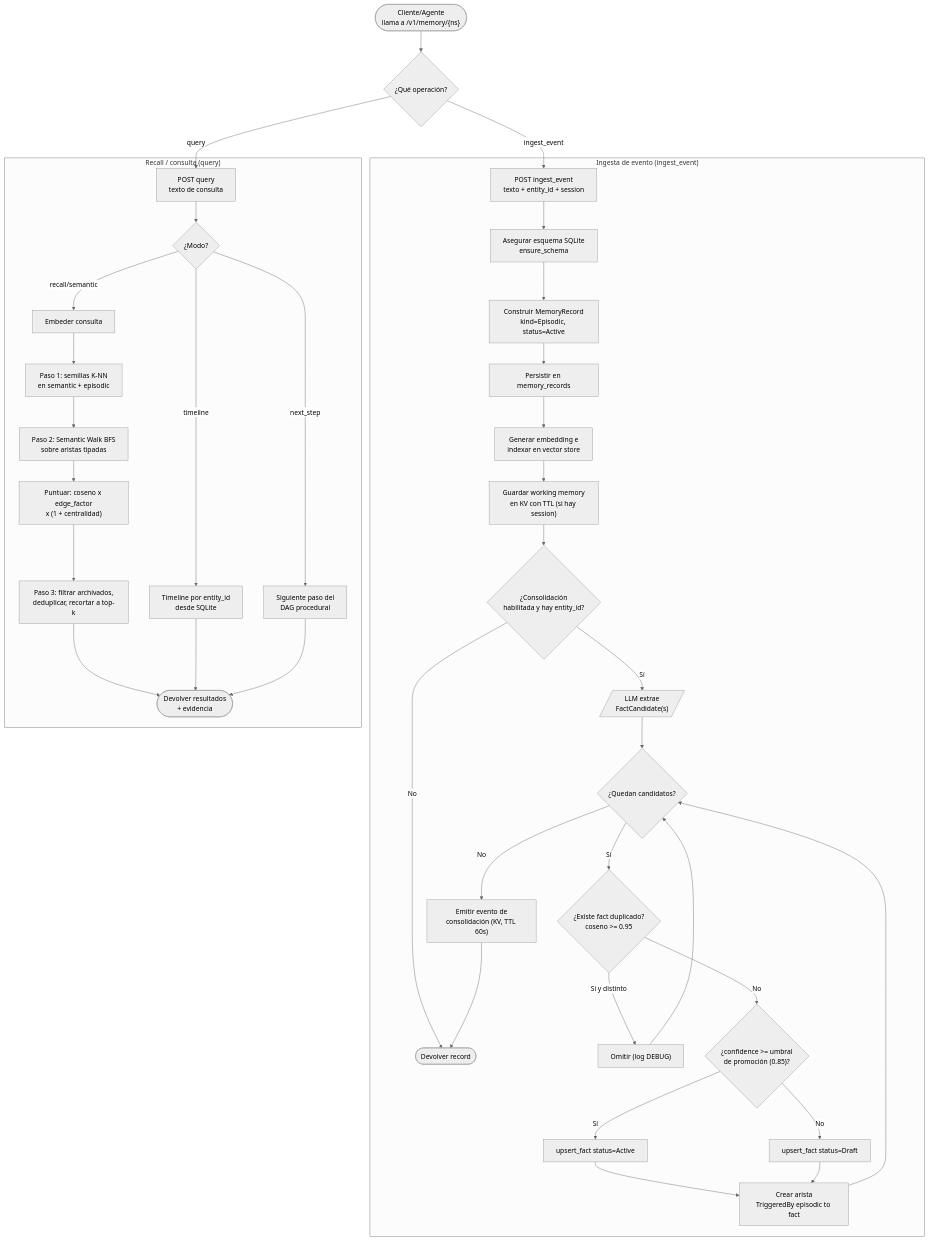
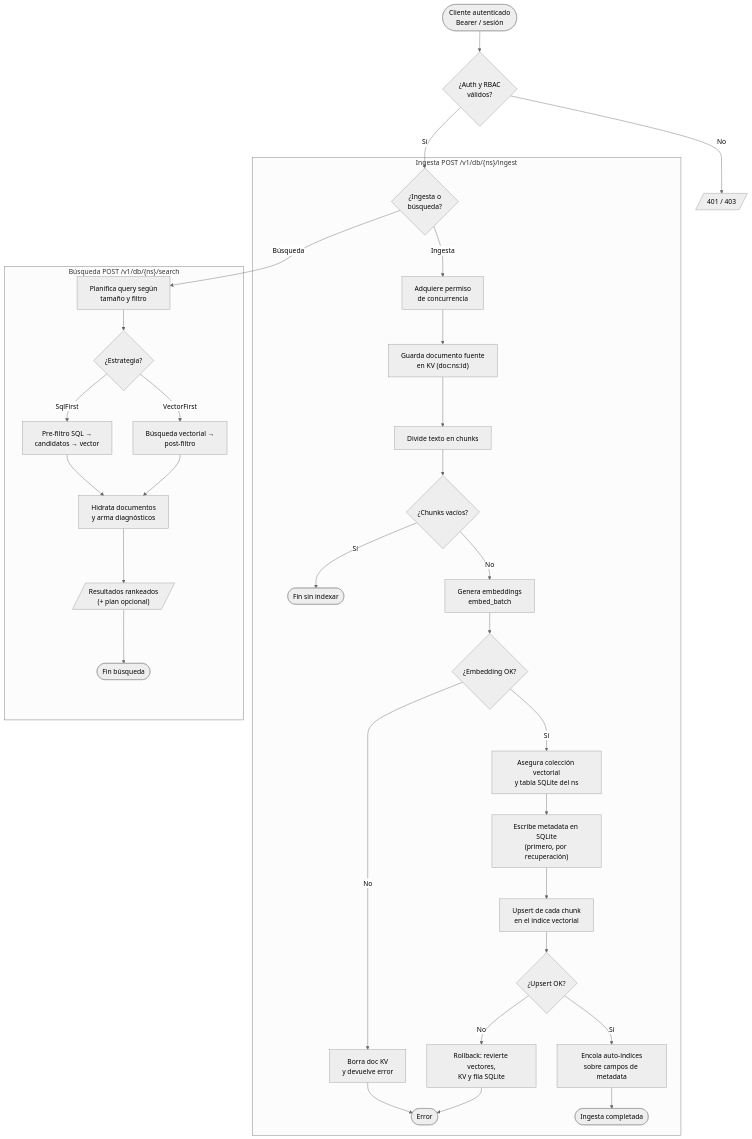
The diagram in docs/diagrams/flowchart.md (Jairodaniel-17/Luma), drawn with Mermaid (neutral theme) before and after one commit. The commit also changed other lines of this file, not shown here.

Commit message:
docs(diagrams): actualizar flowchart

````diff
--- a/docs/diagrams/flowchart.md
+++ b/docs/diagrams/flowchart.md
@@ -5,44 +5,37 @@
 ```mermaid
 flowchart TD
-  ini(["Cliente/Agente<br/>llama a /v1/memory/{ns}"]) --> ruta{"¿Qué operación?"}
+  ini(["Cliente autenticado<br/>Bearer / sesión"]) --> auth{"¿Auth y RBAC<br/>válidos?"}
+  auth -->|No| deny[/"401 / 403"/]
+  auth -->|Sí| accion{"¿Ingesta o<br/>búsqueda?"}
 
-  subgraph "Ingesta de evento (ingest_event)"
-    ing["POST ingest_event<br/>texto + entity_id + session"] --> schema["Asegurar esquema SQLite<br/>ensure_schema"]
-    schema --> rec["Construir MemoryRecord<br/>kind=Episodic, status=Active"]
-    rec --> persist["Persistir en memory_records"]
-    persist --> idx["Generar embedding e<br/>indexar en vector store"]
-    idx --> work["Guardar working memory<br/>en KV con TTL (si hay session)"]
-    work --> consEn{"¿Consolidación<br/>habilitada y hay entity_id?"}
-    consEn -->|No| finIng(["Devolver record"])
-    consEn -->|Sí| llm[/"LLM extrae<br/>FactCandidate(s)"/]
-    llm --> loop{"¿Quedan candidatos?"}
-    loop -->|No| emit["Emitir evento de<br/>consolidación (KV, TTL 60s)"]
-    emit --> finIng
-    loop -->|Sí| dup{"¿Existe fact duplicado?<br/>coseno >= 0.95"}
-    dup -->|Sí y distinto| skip["Omitir (log DEBUG)"]
-    skip --> loop
-    dup -->|No| prom{"¿confidence >= umbral<br/>de promoción (0.85)?"}
-    prom -->|Sí| act["upsert_fact status=Active"]
-    prom -->|No| draft["upsert_fact status=Draft"]
-    act --> edge["Crear arista<br/>TriggeredBy episodic to fact"]
-    draft --> edge
-    edge --> loop
+  subgraph "Ingesta POST /v1/db/{ns}/ingest"
+    accion -->|Ingesta| permit["Adquiere permiso<br/>de concurrencia"]
+    permit --> store["Guarda documento fuente<br/>en KV (doc:ns:id)"]
+    store --> chunk["Divide texto en chunks"]
+    chunk --> vacio{"¿Chunks vacíos?"}
+    vacio -->|Sí| finish(["Fin sin indexar"])
+    vacio -->|No| embed["Genera embeddings<br/>embed_batch"]
+    embed --> emberr{"¿Embedding OK?"}
+    emberr -->|No| rberr["Borra doc KV<br/>y devuelve error"]
+    rberr --> err(["Error"])
+    emberr -->|Sí| ensure["Asegura colección vectorial<br/>y tabla SQLite del ns"]
+    ensure --> sqlw["Escribe metadata en SQLite<br/>(primero, por recuperación)"]
+    sqlw --> vecw["Upsert de cada chunk<br/>en el índice vectorial"]
+    vecw --> vecok{"¿Upsert OK?"}
+    vecok -->|No| rollback["Rollback: revierte vectores,\nKV y fila SQLite"]
+    rollback --> err
+    vecok -->|Sí| idx["Encola auto-índices<br/>sobre campos de metadata"]
+    idx --> done(["Ingesta completada"])
   end
 
-  subgraph "Recall / consulta (query)"
-    q["POST query<br/>texto de consulta"] --> qmode{"¿Modo?"}
-    qmode -->|timeline| tl["Timeline por entity_id<br/>desde SQLite"]
-    qmode -->|next_step| ns["Siguiente paso del<br/>DAG procedural"]
-    qmode -->|recall/semantic| emb["Embeder consulta"]
-    emb --> knn["Paso 1: semillas K-NN<br/>en semantic + episodic"]
-    knn --> walk["Paso 2: Semantic Walk BFS<br/>sobre aristas tipadas"]
-    walk --> score["Puntuar: coseno x edge_factor<br/>x (1 + centralidad)"]
-    score --> filt["Paso 3: filtrar archivados,<br/>deduplicar, recortar a top-k"]
-    filt --> resp(["Devolver resultados<br/>+ evidencia"])
-    tl --> resp
-    ns --> resp
+  subgraph "Búsqueda POST /v1/db/{ns}/search"
+    accion -->|Búsqueda| plan["Planifica query según<br/>tamaño y filtro"]
+    plan --> strat{"¿Estrategia?"}
+    strat -->|SqlFirst| sqlf["Pre-filtro SQL →<br/>candidatos → vector"]
+    strat -->|VectorFirst| vecf["Búsqueda vectorial →<br/>post-filtro"]
+    sqlf --> hyd["Hidrata documentos<br/>y arma diagnósticos"]
+    vecf --> hyd
+    hyd --> res[/"Resultados rankeados<br/>(+ plan opcional)"/]
+    res --> endsearch(["Fin búsqueda"])
   end
-
-  ruta -->|ingest_event| ing
-  ruta -->|query| q
 ```
````
